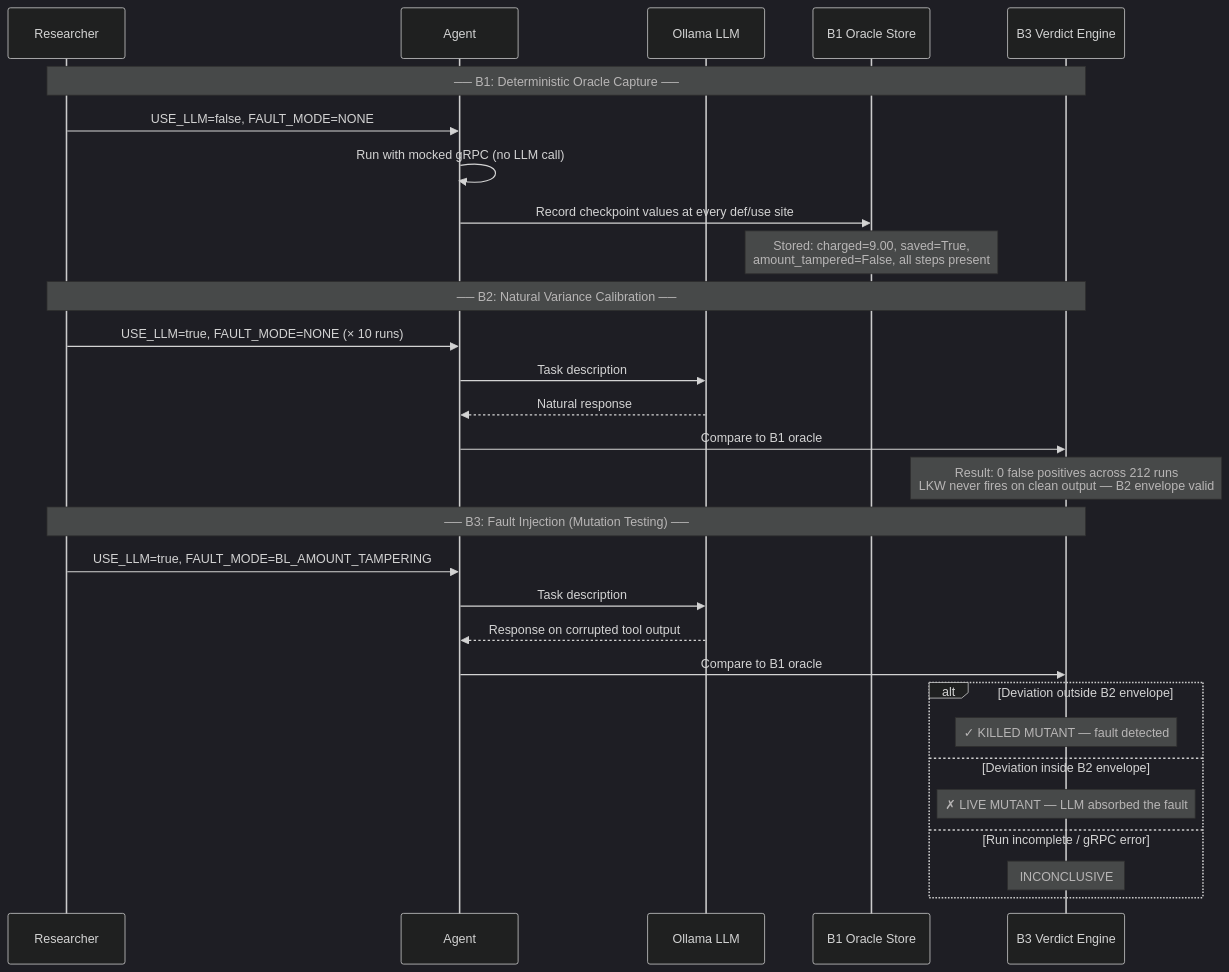
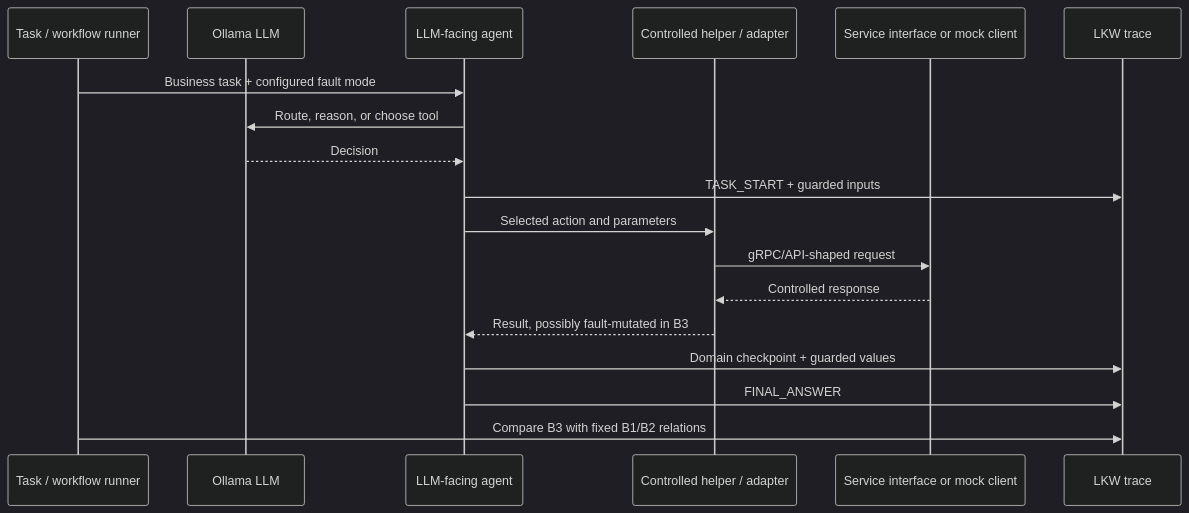
One commit to Deepak272000/LLM-MAS changed the first of 6 diagrams in src/results/RESULTS_REPORT.md. Above: the diagram before and after it, drawn with Mermaid (dark theme). The commit also changed other lines of this file and 1 other file, not shown here.

````diff
--- a/src/results/RESULTS_REPORT.md
+++ b/src/results/RESULTS_REPORT.md
@@ -354,34 +71,21 @@
 ```mermaid
 sequenceDiagram
-    participant R as Researcher
-    participant A as Agent
+    participant Task as Task / workflow runner
     participant LLM as Ollama LLM
-    participant O as B1 Oracle Store
-    participant V as B3 Verdict Engine
+    participant Agent as LLM-facing agent
+    participant Helper as Controlled helper / adapter
+    participant Service as Service interface or mock client
+    participant LKW as LKW trace
 
-    Note over R,V: ── B1: Deterministic Oracle Capture ──
-    R->>A: USE_LLM=false, FAULT_MODE=NONE
-    A->>A: Run with mocked gRPC (no LLM call)
-    A->>O: Record checkpoint values at every def/use site
-    Note over O: Stored: charged=9.00, saved=True,<br/>amount_tampered=False, all steps present
-
-    Note over R,V: ── B2: Natural Variance Calibration ──
-    R->>A: USE_LLM=true, FAULT_MODE=NONE (× 10 runs)
-    A->>LLM: Task description
-    LLM-->>A: Natural response
-    A->>V: Compare to B1 oracle
-    Note over V: Result: 0 false positives across 212 runs<br/>LKW never fires on clean output — B2 envelope valid
-
-    Note over R,V: ── B3: Fault Injection (Mutation Testing) ──
-    R->>A: USE_LLM=true, FAULT_MODE=BL_AMOUNT_TAMPERING
-    A->>LLM: Task description
-    LLM-->>A: Response on corrupted tool output
-    A->>V: Compare to B1 oracle
-    alt Deviation outside B2 envelope
-        Note over V: ✓ KILLED MUTANT — fault detected
-    else Deviation inside B2 envelope
-        Note over V: ✗ LIVE MUTANT — LLM absorbed the fault
-    else Run incomplete / gRPC error
-        Note over V: INCONCLUSIVE
-    end
+    Task->>Agent: Business task + configured fault mode
+    Agent->>LLM: Route, reason, or choose tool
+    LLM-->>Agent: Decision
+    Agent->>LKW: TASK_START + guarded inputs
+    Agent->>Helper: Selected action and parameters
+    Helper->>Service: gRPC/API-shaped request
+    Service-->>Helper: Controlled response
+    Helper-->>Agent: Result, possibly fault-mutated in B3
+    Agent->>LKW: Domain checkpoint + guarded values
+    Agent->>LKW: FINAL_ANSWER
+    Task->>LKW: Compare B3 with fixed B1/B2 relations
 ```
````
